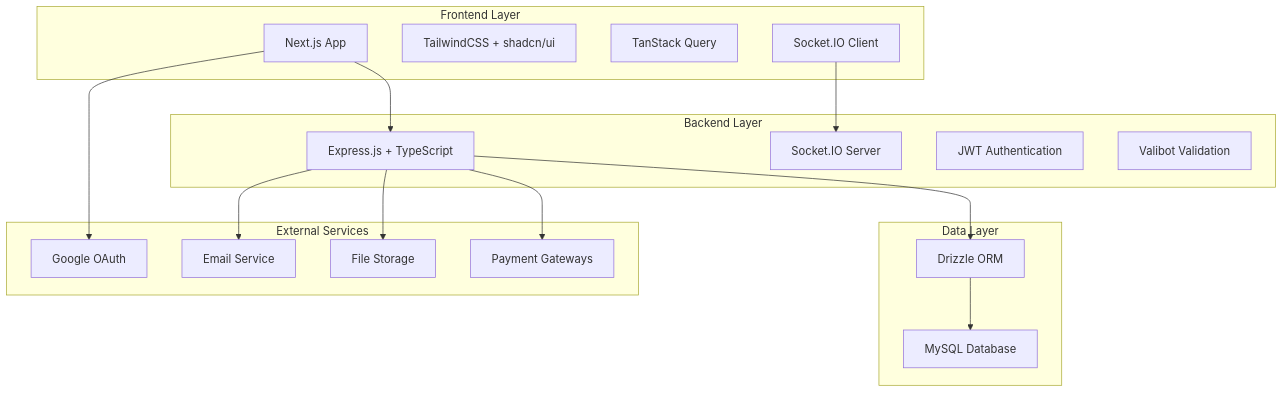
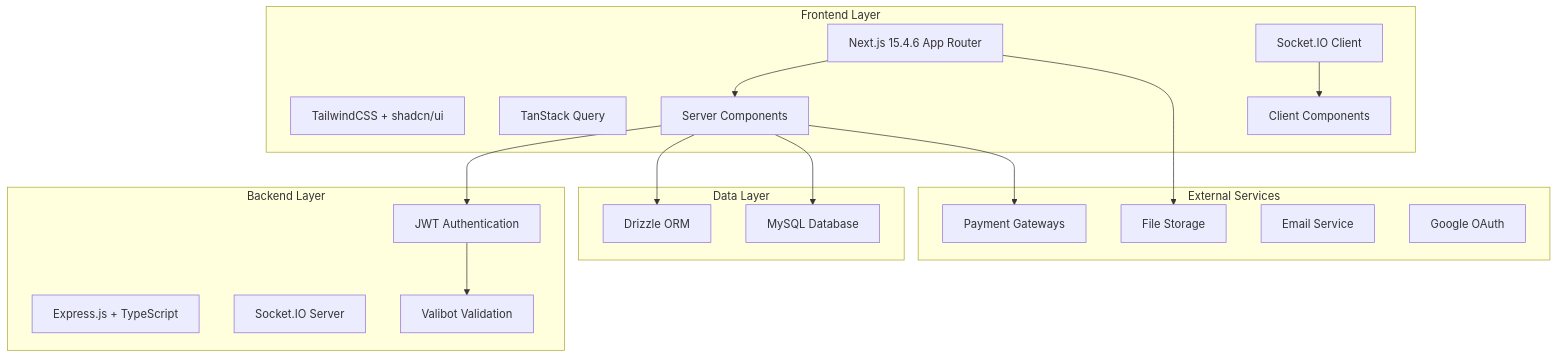
The diagram in .kiro/specs/educonnect-platform/design.md (cypherpunkx/edu-connect), drawn with Mermaid before and after one commit. The commit also changed other lines of this file and 35 other files, not shown here.

````diff
--- a/.kiro/specs/educonnect-platform/design.md
+++ b/.kiro/specs/educonnect-platform/design.md
@@ -11,37 +11,39 @@
 ```mermaid
 graph TB
     subgraph "Frontend Layer"
-        A[Next.js App]
+        A[Next.js 15.4.6 App Router]
         B[TailwindCSS + shadcn/ui]
         C[TanStack Query]
         D[Socket.IO Client]
+        E[Server Components]
+        F[Client Components]
     end
     
     subgraph "Backend Layer"
-        E[Express.js + TypeScript]
-        F[Socket.IO Server]
-        G[JWT Authentication]
-        H[Valibot Validation]
+        G[Express.js + TypeScript]
+        H[Socket.IO Server]
+        I[JWT Authentication]
+        J[Valibot Validation]
     end
     
     subgraph "Data Layer"
-        I[Drizzle ORM]
-        J[MySQL Database]
+        K[Drizzle ORM]
+        L[MySQL Database]
     end
     
     subgraph "External Services"
-        K[Payment Gateways]
-        L[File Storage]
-        M[Email Service]
-        N[Google OAuth]
+        M[Payment Gateways]
+        N[File Storage]
+        O[Email Service]
+        P[Google OAuth]
     end
     
     A --> E
     D --> F
     E --> I
     I --> J
     E --> K
     E --> L
     E --> M
     A --> N
 ```
````
